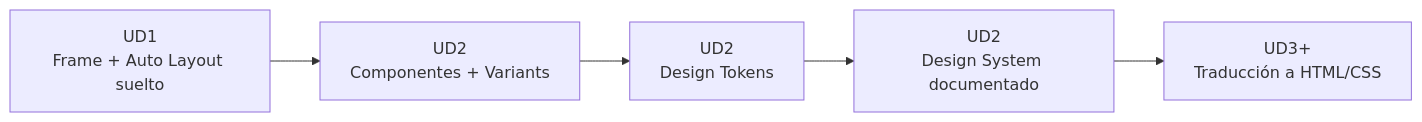
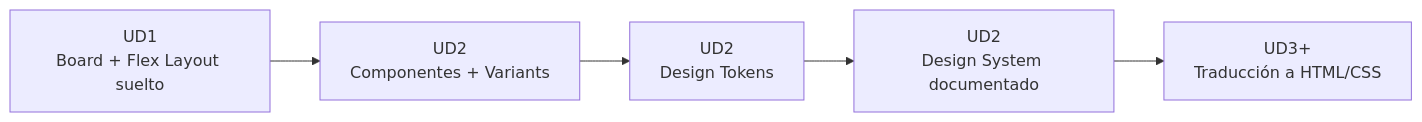
One commit to jmfiorisies/diw changed the first of 6 diagrams in docs/ud2.md. Above: the diagram before and after it, drawn with Mermaid. The commit also changed other lines of this file and 3 other files, not shown here.

````diff
--- a/docs/ud2.md
+++ b/docs/ud2.md
@@ -7,8 +9,8 @@
 ```mermaid
 flowchart LR
-    A["UD1<br/>Frame + Auto Layout suelto"] --> B["UD2<br/>Componentes + Variants"]
+    A["UD1<br/>Board + Flex Layout suelto"] --> B["UD2<br/>Componentes + Variants"]
     B --> C["UD2<br/>Design Tokens"]
     C --> D["UD2<br/>Design System documentado"]
     D --> E["UD3+<br/>Traducción a HTML/CSS"]
 
 ```
````
